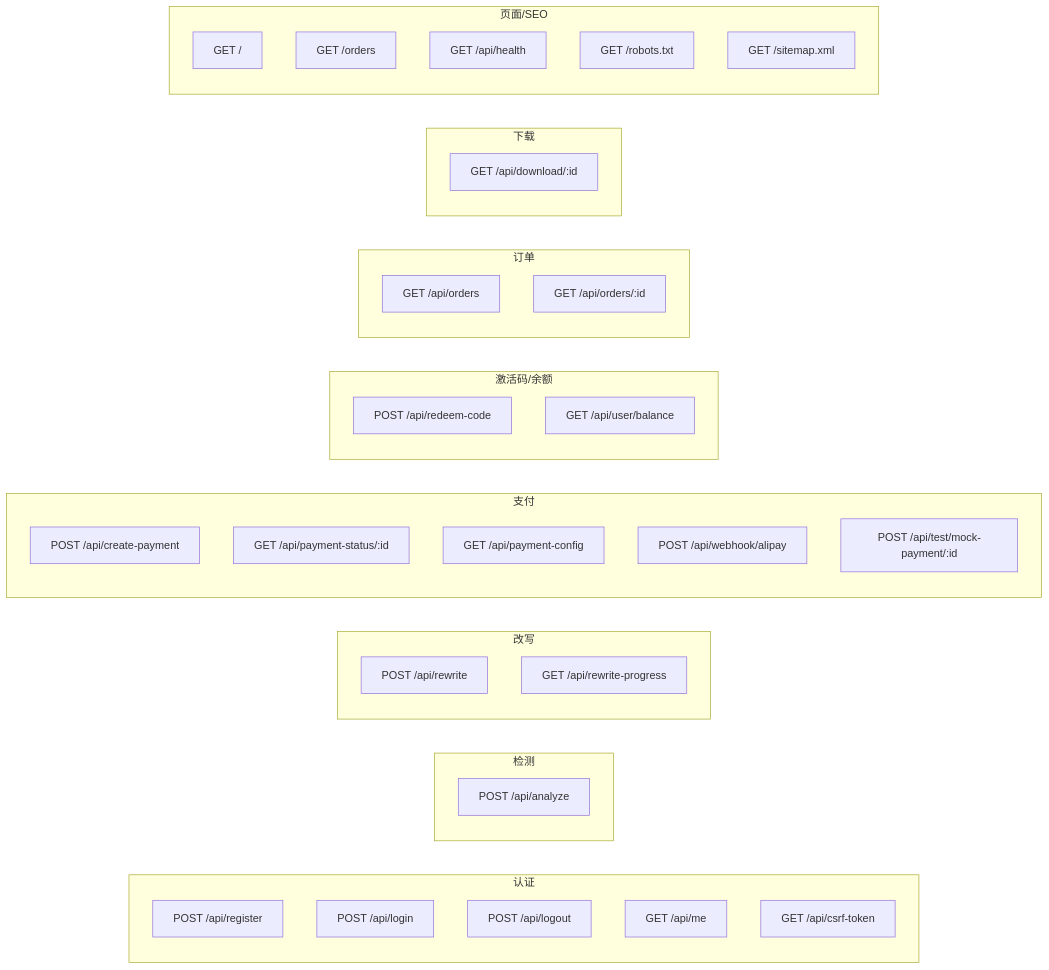
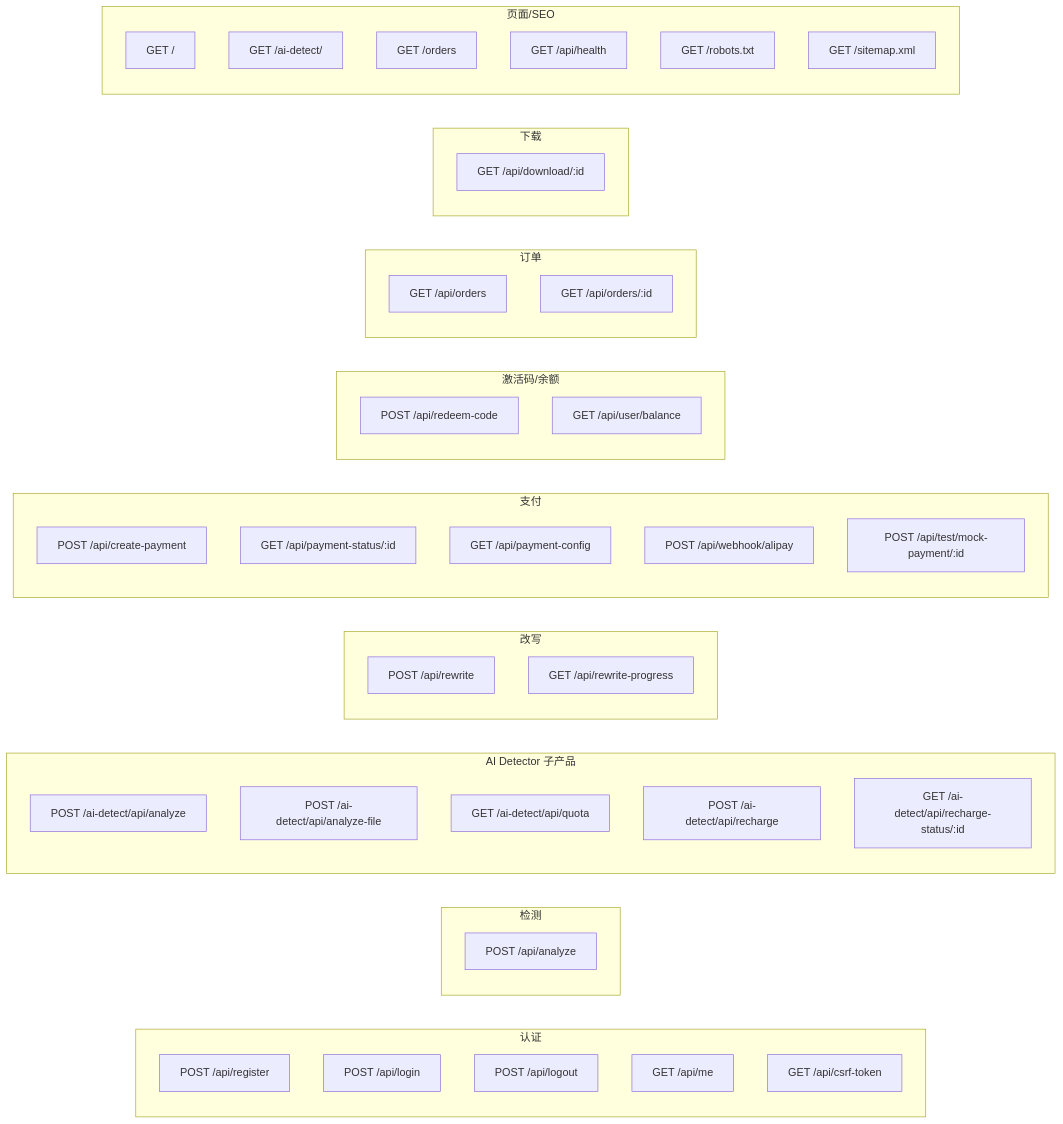
Before and after one commit to ipengai/aigc-humanizer-en: the sixth of 12 diagrams in docs/技术方案.md, drawn with Mermaid. The commit also changed other lines of this file and 68 other files, not shown here.

Commit message:
feat: add v2 detection routing and detector product

````diff
--- a/docs/技术方案.md
+++ b/docs/技术方案.md
@@ -404,49 +443,58 @@
 ```mermaid
 flowchart LR
     subgraph Auth["认证"]
         A1[POST /api/register]
         A2[POST /api/login]
         A3[POST /api/logout]
         A4[GET /api/me]
         A5[GET /api/csrf-token]
     end
 
     subgraph Analysis["检测"]
         B1[POST /api/analyze]
+    end
+
+    subgraph DetectorProduct["AI Detector 子产品"]
+        T1[POST /ai-detect/api/analyze]
+        T2[POST /ai-detect/api/analyze-file]
+        T3[GET /ai-detect/api/quota]
+        T4[POST /ai-detect/api/recharge]
+        T5[GET /ai-detect/api/recharge-status/:id]
     end
 
     subgraph Rewrite["改写"]
         R1[POST /api/rewrite]
         R2[GET /api/rewrite-progress]
     end
 
     subgraph Payment["支付"]
         C1[POST /api/create-payment]
         C2[GET /api/payment-status/:id]
         C3[GET /api/payment-config]
         C4[POST /api/webhook/alipay]
         C5[POST /api/test/mock-payment/:id]
     end
 
     subgraph Activation["激活码/余额"]
         X1[POST /api/redeem-code]
         X2[GET /api/user/balance]
     end
 
     subgraph Order["订单"]
         D1[GET /api/orders]
         D2[GET /api/orders/:id]
     end
 
     subgraph Download["下载"]
         E1[GET /api/download/:id]
     end
 
     subgraph Page["页面/SEO"]
         F1[GET /]
+        F0[GET /ai-detect/]
         F2[GET /orders]
         F3[GET /api/health]
         F4[GET /robots.txt]
         F5[GET /sitemap.xml]
     end
 ```
````
